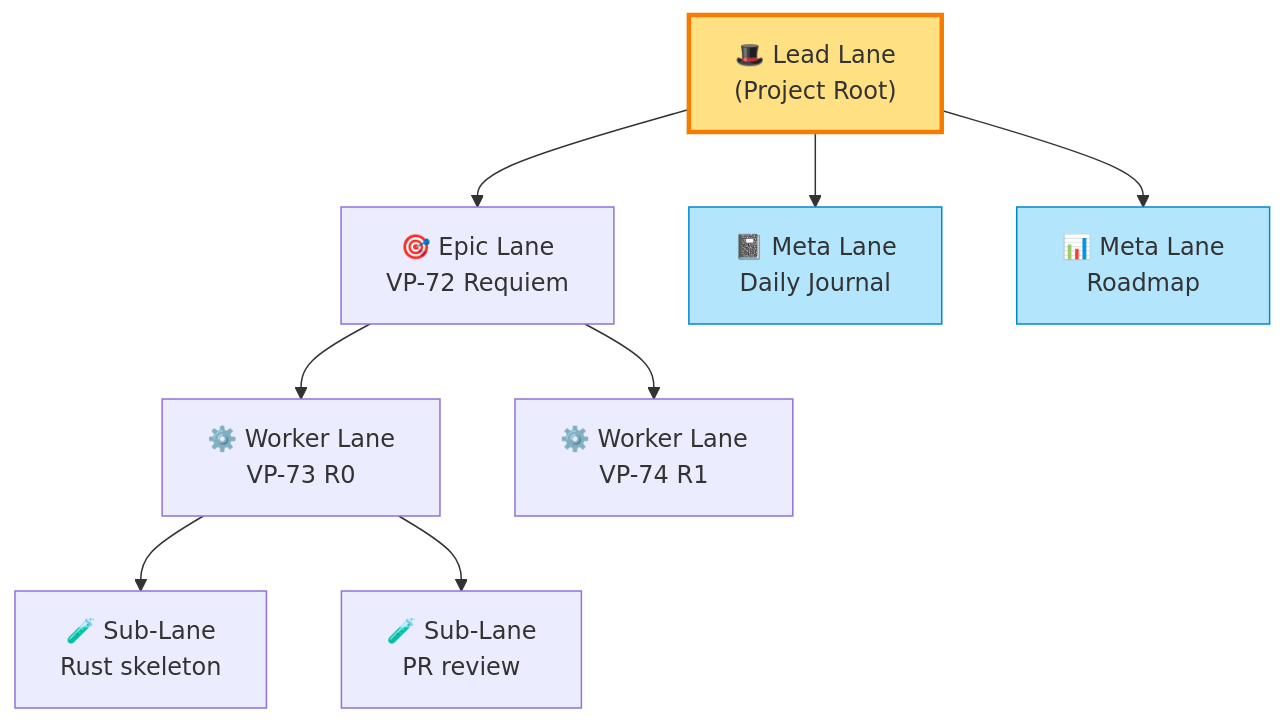
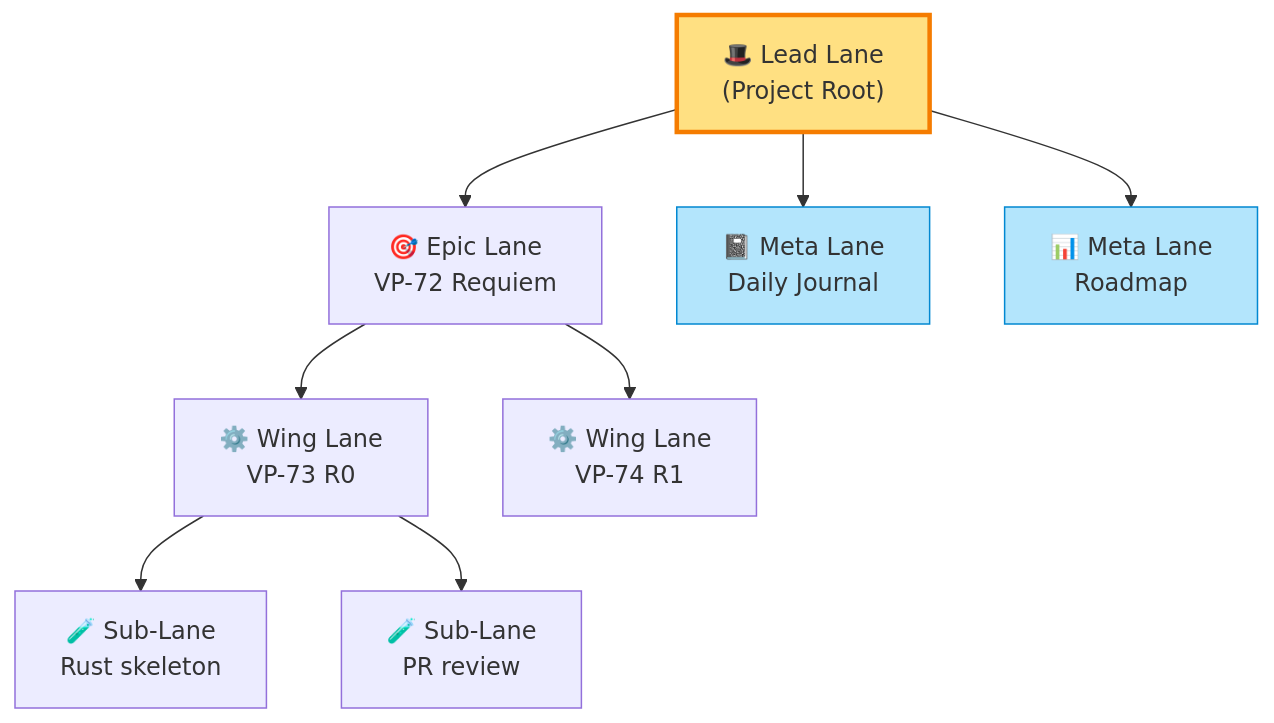
One commit to chronista-club/vantage-point changed the third of 7 diagrams in docs/design/07-lane-as-process.md. Above: the diagram before and after it, drawn with Mermaid. The commit also changed other lines of this file and 29 other files, not shown here.

First line of the commit message:
refactor: complete Worker → Wing rename + legacy alias 一掃

````diff
--- a/docs/design/07-lane-as-process.md
+++ b/docs/design/07-lane-as-process.md
@@ -240,17 +240,17 @@
 ```mermaid
 graph TD
   Lead["🎩 Lead Lane<br/>(Project Root)"]
   Lead --> W72["🎯 Epic Lane<br/>VP-72 Requiem"]
   Lead --> Meta1["📓 Meta Lane<br/>Daily Journal"]
   Lead --> Meta2["📊 Meta Lane<br/>Roadmap"]
 
-  W72 --> W73["⚙️ Worker Lane<br/>VP-73 R0"]
-  W72 --> W74["⚙️ Worker Lane<br/>VP-74 R1"]
+  W72 --> W73["⚙️ Wing Lane<br/>VP-73 R0"]
+  W72 --> W74["⚙️ Wing Lane<br/>VP-74 R1"]
 
   W73 --> S1["🧪 Sub-Lane<br/>Rust skeleton"]
   W73 --> S2["🧪 Sub-Lane<br/>PR review"]
 
   style Lead fill:#ffe082,stroke:#f57c00,stroke-width:3px
   style Meta1 fill:#b3e5fc,stroke:#0288d1
   style Meta2 fill:#b3e5fc,stroke:#0288d1
 ```
````
